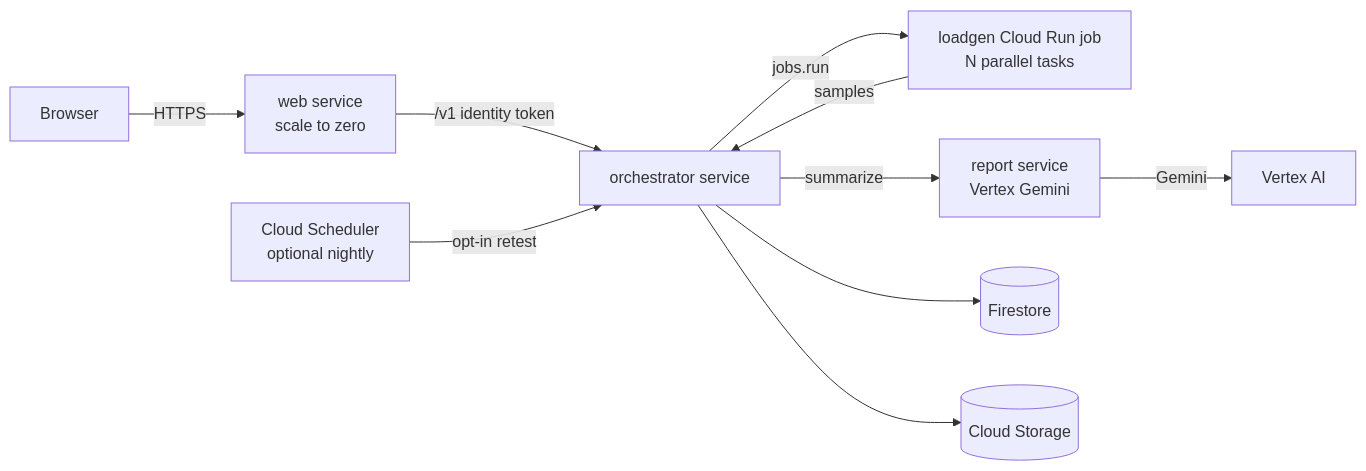
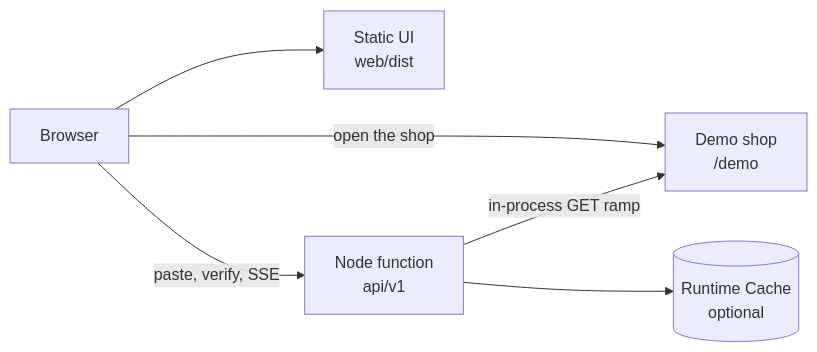
One commit to icohangar-ops/stampede changed the diagram in README.md. Above: the diagram before and after it, drawn with Mermaid. The commit also changed other lines of this file and 42 other files, not shown here.

````diff
--- a/README.md
+++ b/README.md
@@ -11,21 +38,14 @@
 ```mermaid
 flowchart LR
   browser[Browser]
-  web[web service<br/>scale to zero]
-  orch[orchestrator service]
-  job[loadgen Cloud Run job<br/>N parallel tasks]
-  report[report service<br/>Vertex Gemini]
-  fs[(Firestore)]
-  gcs[(Cloud Storage)]
-  sched[Cloud Scheduler<br/>optional nightly]
+  ui[Static UI<br/>web/dist]
+  api[Node function<br/>api/v1]
+  shop[Demo shop<br/>/demo]
+  cache[(Runtime Cache<br/>optional)]
 
-  browser -->|HTTPS| web
-  web -->|/v1 identity token| orch
-  orch --> fs
-  orch --> gcs
-  orch -->|jobs.run| job
-  job -->|samples| orch
-  orch -->|summarize| report
-  report -->|Gemini| vertex[Vertex AI]
-  sched -->|opt-in retest| orch
+  browser --> ui
+  browser -->|paste, verify, SSE| api
+  browser -->|open the shop| shop
+  api -->|in-process GET ramp| shop
+  api --> cache
 ```
````
